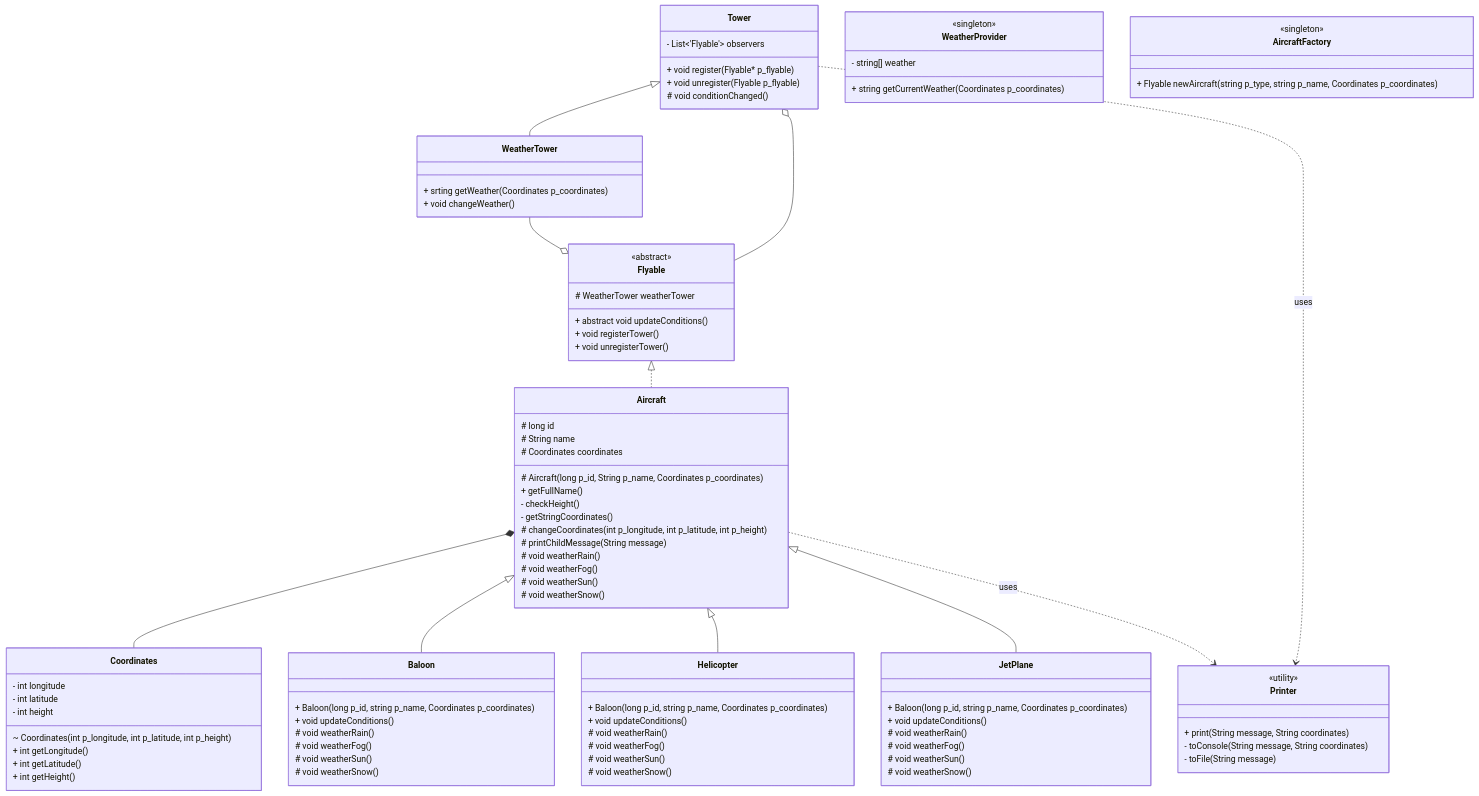
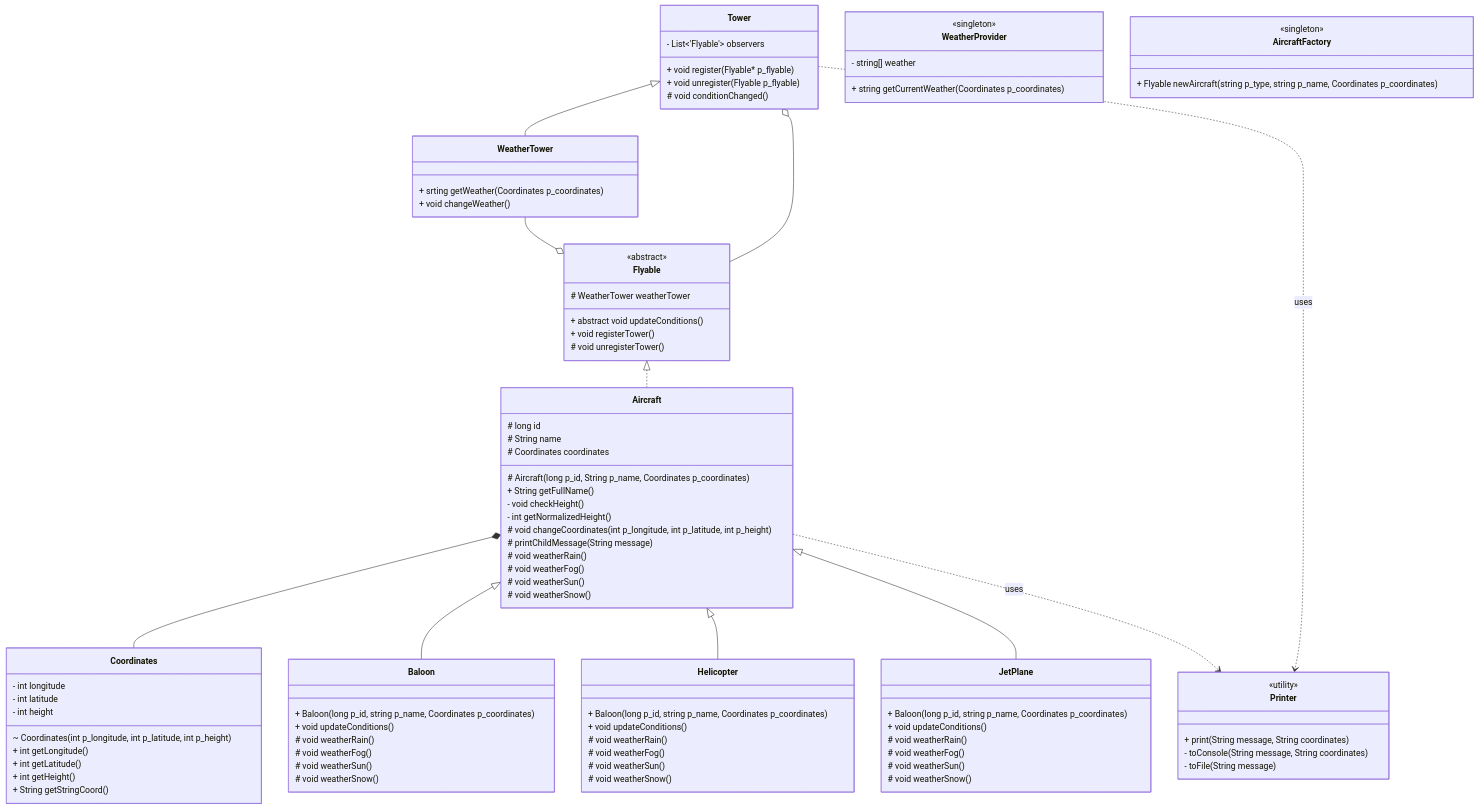
The diagram in project/doc/develop.mermaid (isilva-t/42.avaj-launcher), drawn with Mermaid before and after one commit. The commit also changed 1 other file, not shown here.

Commit message:
refactor: change Aircraft height behaviour
before:
height could be > 100, and then checkHeight corrects
height could be < 0, and then checkHeight() corrects

after:
height are getNormalizedHeight() first, and only create a new
Coordinates object after normalizing it

checkHeight() is only responsible to see if Aircraft is landing

```diff
--- a/project/doc/develop.mermaid
+++ b/project/doc/develop.mermaid
@@ -1,111 +1,112 @@
 
 classDiagram
 
     class Tower {    
         - List<'Flyable'> observers
 
         + void register(Flyable* p_flyable)
         + void unregister(Flyable p_flyable)
         # void conditionChanged()
     }
 
     class Flyable {
         <<abstract>>
         # WeatherTower weatherTower
         + abstract void updateConditions()
         + void registerTower()
-        + void unregisterTower()
+        # void unregisterTower()
     }
 
     
     class Aircraft {
         # long id
         # String name
         # Coordinates coordinates
 
         # Aircraft(long p_id, String p_name, Coordinates p_coordinates)
-        + getFullName()
-        - checkHeight()
-        - getStringCoordinates()
+        + String getFullName()
+        - void checkHeight()
+        - int getNormalizedHeight()
         
-        # changeCoordinates(int p_longitude, int p_latitude, int p_height)
+        # void changeCoordinates(int p_longitude, int p_latitude, int p_height)
         # printChildMessage(String message)
 
         # void weatherRain()
         # void weatherFog()
         # void weatherSun()
         # void weatherSnow()
     }
 
     class Coordinates {
         - int longitude
         - int latitude
         - int height
 
         ~ Coordinates(int p_longitude, int p_latitude, int p_height)
 
         + int getLongitude()
         + int getLatitude()
         + int getHeight()
+        + String getStringCoord()
     }
 
     class WeatherProvider {
         <<singleton>>
         - string[] weather
         + string getCurrentWeather(Coordinates p_coordinates)
     }
 
     class WeatherTower {
         + srting getWeather(Coordinates p_coordinates)
         + void changeWeather()
     }
 
     class Baloon {
         + Baloon(long p_id, string p_name, Coordinates p_coordinates)
         + void updateConditions()
         # void weatherRain()
         # void weatherFog()
         # void weatherSun()
         # void weatherSnow()    
     }
     class Helicopter {
         + Baloon(long p_id, string p_name, Coordinates p_coordinates)
         + void updateConditions()
         # void weatherRain()
         # void weatherFog()
         # void weatherSun()
         # void weatherSnow()    
     }
     class JetPlane {
         + Baloon(long p_id, string p_name, Coordinates p_coordinates)
         + void updateConditions()
         # void weatherRain()
         # void weatherFog()
         # void weatherSun()
         # void weatherSnow()    
     }
 
     class AircraftFactory {
         <<singleton>>
         + Flyable newAircraft(string p_type, string p_name, Coordinates p_coordinates)
     }
 
     class Printer {
         <<utility>>
         + print(String message, String coordinates)
         - toConsole(String message, String coordinates)
         - toFile(String message)
     }
 
     Flyable <|.. Aircraft
     Tower <|-- WeatherTower
     Tower o-- Flyable
     WeatherTower --o Flyable
     Aircraft *-- Coordinates
 
     Aircraft <|-- Baloon 
     Aircraft <|-- Helicopter 
     Aircraft <|-- JetPlane
 
     Tower ..> Printer : uses
     Aircraft ..> Printer : uses
```
